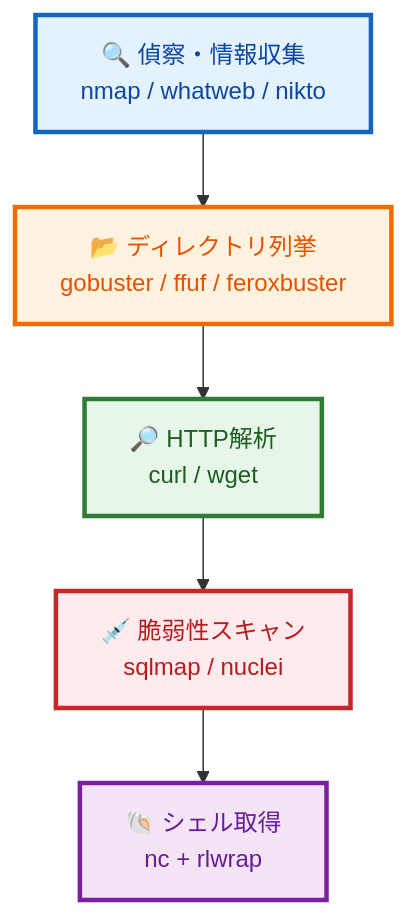
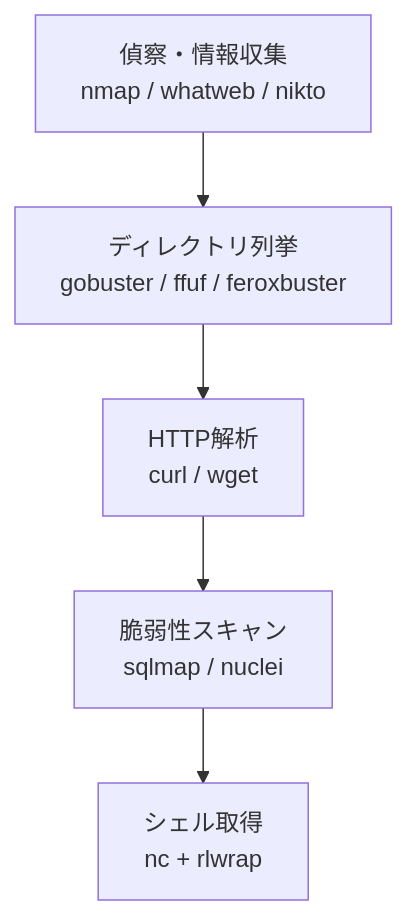
The diagram in articles/htb_cheat_sheet.md (hanacus87/zenn-docs), drawn with Mermaid before and after one commit. The commit also changed other lines of this file and 1 other file, not shown here.

Commit message:
htb_cheat_sheet修正

````diff
--- a/articles/htb_cheat_sheet.md
+++ b/articles/htb_cheat_sheet.md
@@ -17,16 +17,10 @@
 ```mermaid
 flowchart TD
-    A["🔍 偵察・情報収集<br> nmap / whatweb / nikto"]
-    B["📂 ディレクトリ列挙<br> gobuster / ffuf / feroxbuster"]
-    C["🔎 HTTP解析<br> curl / wget"]
-    D["💉 脆弱性スキャン<br> sqlmap / nuclei"]
-    E["🐚 シェル取得<br> nc + rlwrap"]
+    A["偵察・情報収集<br> nmap / whatweb / nikto"]
+    B["ディレクトリ列挙<br> gobuster / ffuf / feroxbuster"]
+    C["HTTP解析<br> curl / wget"]
+    D["脆弱性スキャン<br> sqlmap / nuclei"]
+    E["シェル取得<br> nc + rlwrap"]
 
     A --> B --> C --> D --> E
-
-    style A fill:#e3f2fd,stroke:#1565c0,stroke-width:3px,color:#0d47a1
-    style B fill:#fff3e0,stroke:#ef6c00,stroke-width:3px,color:#e65100
-    style C fill:#e8f5e9,stroke:#2e7d32,stroke-width:3px,color:#1b5e20
-    style D fill:#ffebee,stroke:#c62828,stroke-width:3px,color:#b71c1c
-    style E fill:#f3e5f5,stroke:#7b1fa2,stroke-width:3px,color:#6a1b9a
 ```
````
